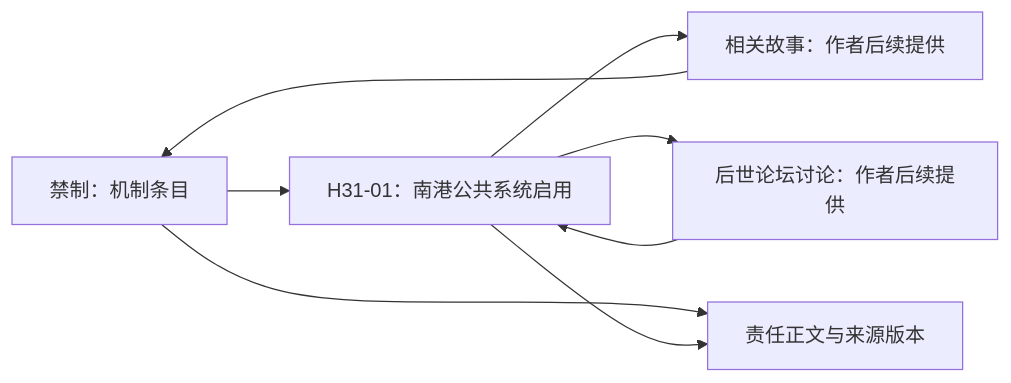
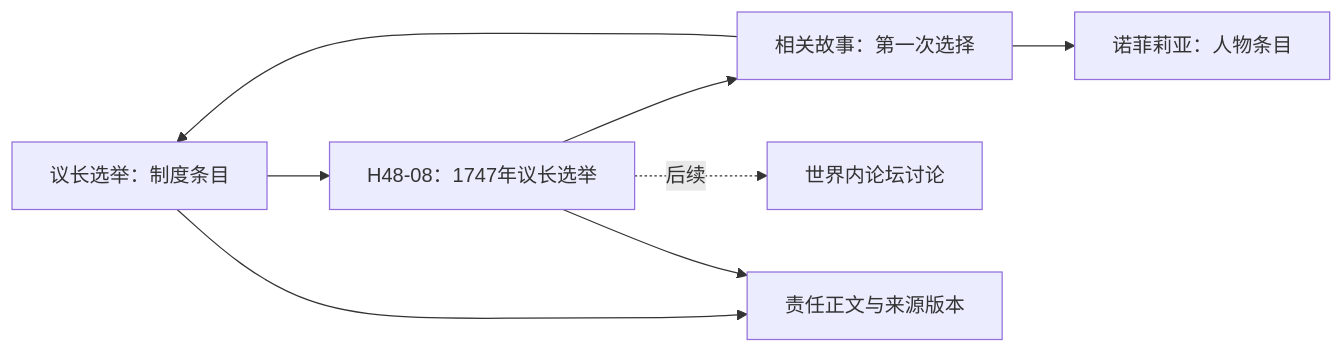
One commit to hetwila/hetwila.github.io changed the first of 2 diagrams in docs/网站设计书.md. Above: the diagram before and after it, drawn with Mermaid. The commit also changed other lines of this file and 45 other files, not shown here.

````diff
--- a/docs/网站设计书.md
+++ b/docs/网站设计书.md
@@ -273,10 +273,10 @@
 ```mermaid
 flowchart LR
-  A[禁制：机制条目] --> B[H31-01：南港公共系统启用]
-  B --> C[相关故事：作者后续提供]
+  A[议长选举：制度条目] --> B[H48-08：1747年议长选举]
+  B --> C[相关故事：第一次选择]
   C --> A
-  B --> D[后世论坛讨论：作者后续提供]
-  D --> B
+  C --> F[诺菲莉亚：人物条目]
+  B -. 后续 .-> D[世界内论坛讨论]
   A --> E[责任正文与来源版本]
   B --> E
 ```
````
